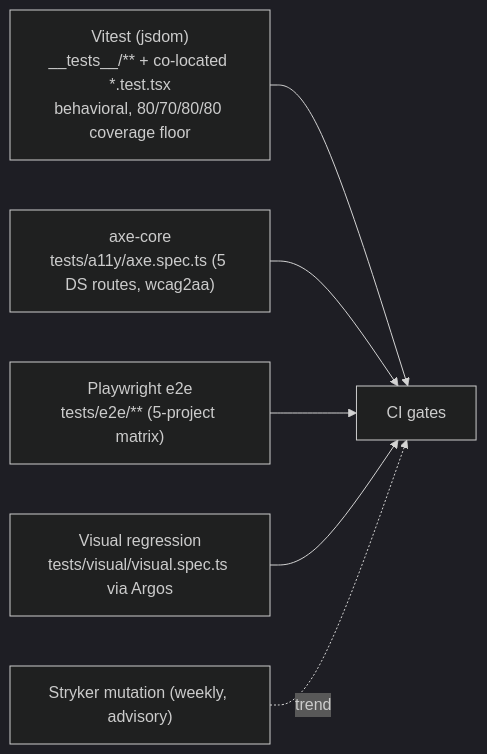
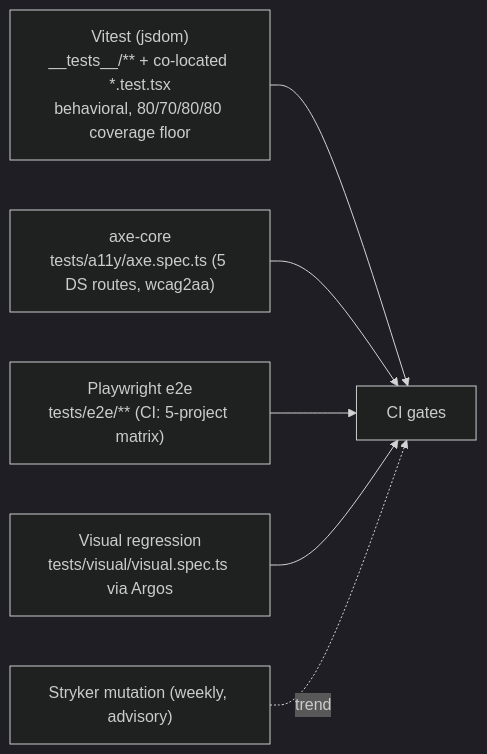
The first of 2 diagrams in docs/07-workflows.md (erikunha/portfolio), drawn with Mermaid (dark theme) before and after one commit. The commit also changed other lines of this file and 14 other files, not shown here.

First line of the commit message:
docs(architecture): redraw diagrams for the terminal-module homepage

````diff
--- a/docs/07-workflows.md
+++ b/docs/07-workflows.md
@@ -53,9 +54,9 @@
 ```mermaid
 flowchart LR
     unit["Vitest (jsdom)<br/>__tests__/** + co-located *.test.tsx<br/>behavioral, 80/70/80/80 coverage floor"] --> ci
     a11y["axe-core<br/>tests/a11y/axe.spec.ts (5 DS routes, wcag2aa)"] --> ci
-    e2e["Playwright e2e<br/>tests/e2e/** (5-project matrix)"] --> ci
+    e2e["Playwright e2e<br/>tests/e2e/** (CI: 5-project matrix)"] --> ci
     visual["Visual regression<br/>tests/visual/visual.spec.ts via Argos"] --> ci
     mut["Stryker mutation (weekly, advisory)"] -. trend .-> ci
     ci["CI gates"]
 ```
````
